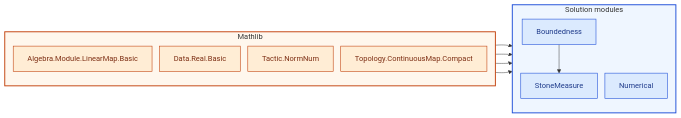
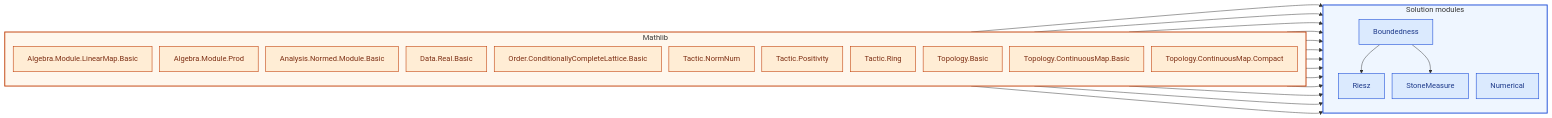
One commit to catskillsresearch/fabbro changed the diagram in courses/21-720.md. Above: the diagram before and after it, drawn with Mermaid. The commit also changed other lines of this file and 89 other files, not shown here.

````diff
--- a/courses/21-720.md
+++ b/courses/21-720.md
@@ -23,29 +24,47 @@
 ```mermaid
 %%{init: {"flowchart": {"htmlLabels": false, "nodeSpacing": 16, "rankSpacing": 36}}}%%
 flowchart LR
   classDef course fill:#dbeafe,stroke:#1d4ed8,color:#1e3a8a,stroke-width:1.2px
   classDef mathlib fill:#ffedd5,stroke:#c2410c,color:#7c2d12,stroke-width:1.2px
 
   subgraph ML["Mathlib"]
     direction TB
     style ML fill:#fff7ed,stroke:#c2410c,stroke-width:2px
     LAlgebraModuleLinearMapBasic["Algebra.Module.LinearMap.Basic"]:::mathlib
+    LAlgebraModuleProd["Algebra.Module.Prod"]:::mathlib
+    LAnalysisNormedModuleBasic["Analysis.Normed.Module.Basic"]:::mathlib
     LDataRealBasic["Data.Real.Basic"]:::mathlib
+    LOrderConditionallyCompleteLatticeBasic["Order.ConditionallyCompleteLattice.Basic"]:::mathlib
     LTacticNormNum["Tactic.NormNum"]:::mathlib
+    LTacticPositivity["Tactic.Positivity"]:::mathlib
+    LTacticRing["Tactic.Ring"]:::mathlib
+    LTopologyBasic["Topology.Basic"]:::mathlib
+    LTopologyContinuousMapBasic["Topology.ContinuousMap.Basic"]:::mathlib
     LTopologyContinuousMapCompact["Topology.ContinuousMap.Compact"]:::mathlib
   end
 
   subgraph SOL["Solution modules"]
     direction TB
     style SOL fill:#eff6ff,stroke:#1d4ed8,stroke-width:2px
     MBoundedness["Boundedness"]:::course
     MNumerical["Numerical"]:::course
+    MRiesz["Riesz"]:::course
     MStoneMeasure["StoneMeasure"]:::course
   end
 
   LTopologyContinuousMapCompact --> MBoundedness
+  LAlgebraModuleLinearMapBasic --> MNumerical
   LDataRealBasic --> MNumerical
-  LAlgebraModuleLinearMapBasic --> MNumerical
+  LAlgebraModuleProd --> MNumerical
+  LTacticRing --> MNumerical
   LTacticNormNum --> MNumerical
+  LTacticPositivity --> MRiesz
+  LAlgebraModuleLinearMapBasic --> MRiesz
+  LTopologyContinuousMapBasic --> MRiesz
+  LAnalysisNormedModuleBasic --> MRiesz
+  LOrderConditionallyCompleteLatticeBasic --> MRiesz
+  LDataRealBasic --> MRiesz
+  LTopologyBasic --> MRiesz
+  MBoundedness --> MRiesz
   MBoundedness --> MStoneMeasure
 ```
````
